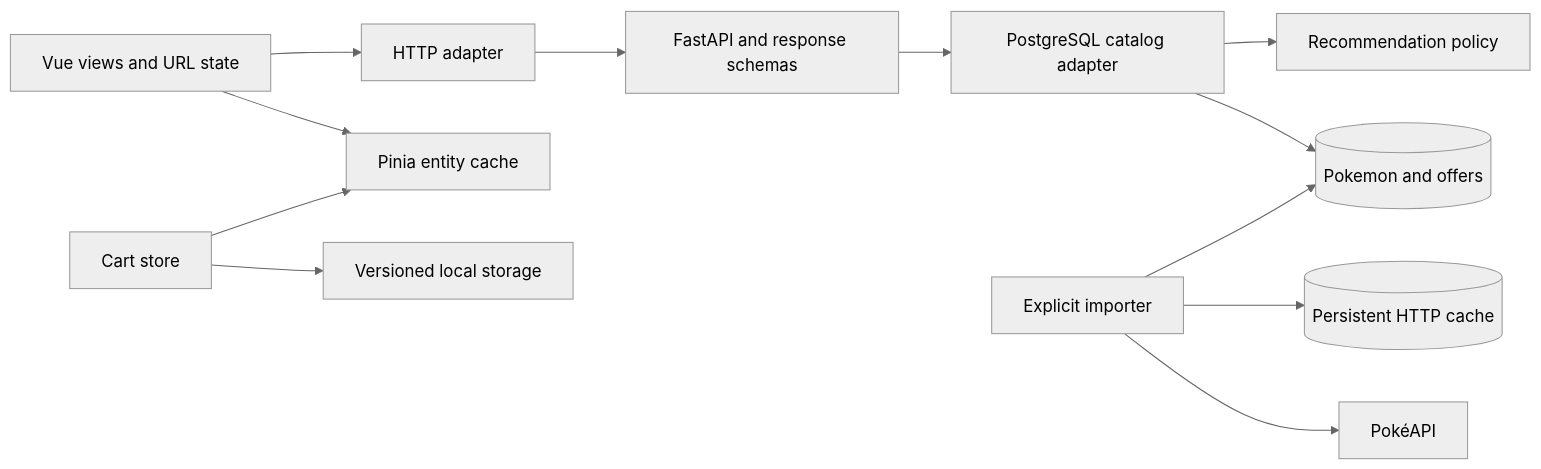
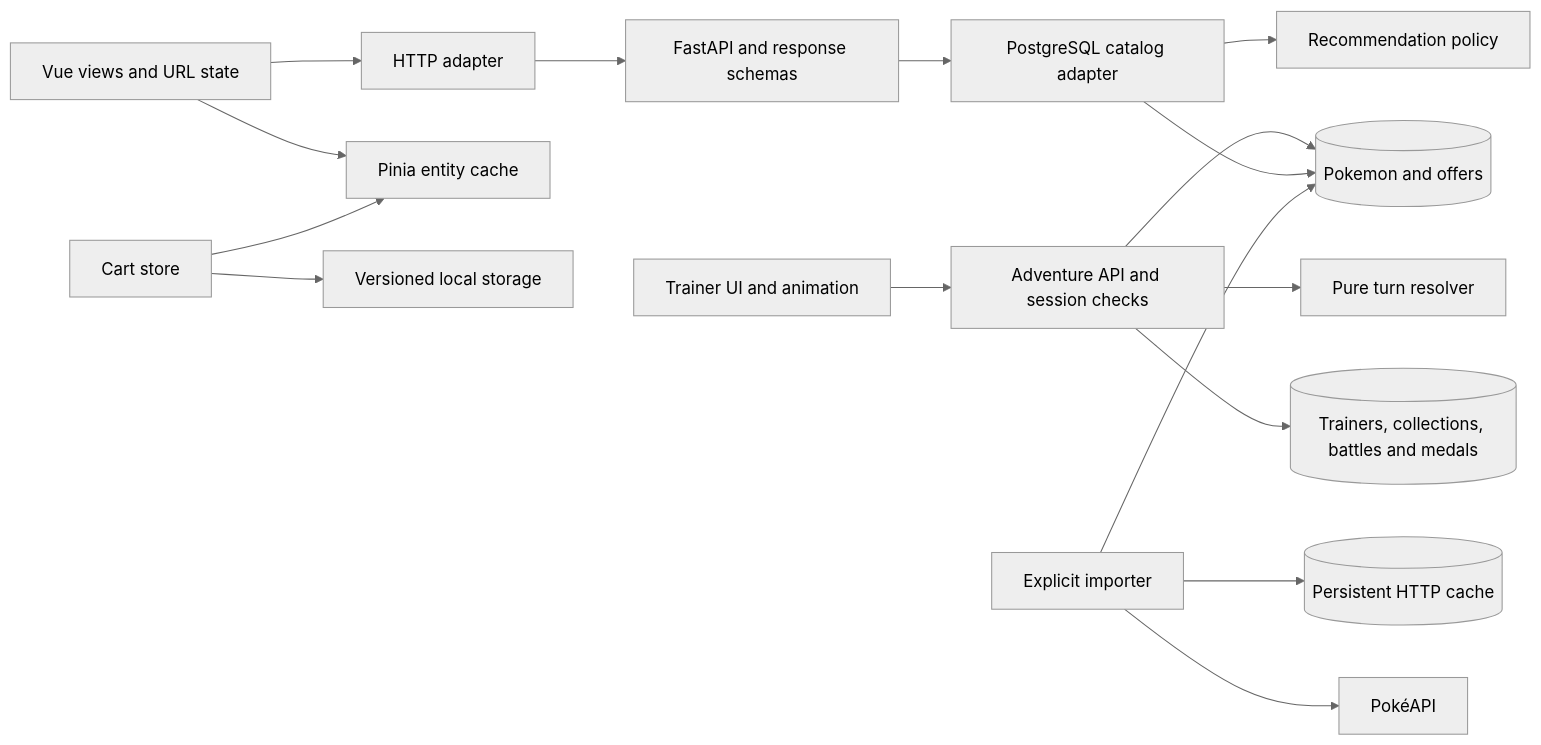
Before and after one commit to kevin0018/PokeShop: the diagram in README.md, drawn with Mermaid (neutral theme). The commit also changed other lines of this file and 9 other files, not shown here.

Commit message:
docs: document trainer adventure setup and verified previews

````diff
--- a/README.md
+++ b/README.md
@@ -102,14 +103,18 @@
 ```mermaid
 flowchart LR
   Views[Vue views and URL state] --> HTTP[HTTP adapter]
   Views --> Entities[Pinia entity cache]
   Cart[Cart store] --> Entities
   Cart --> Storage[Versioned local storage]
   HTTP --> API[FastAPI and response schemas]
   API --> PG[PostgreSQL catalog adapter]
+  Trainer[Trainer UI and animation] --> Game[Adventure API and session checks]
+  Game --> Rules[Pure turn resolver]
+  Game --> GameDB[(Trainers, collections, battles and medals)]
+  Game --> DB
   PG --> Policy[Recommendation policy]
   PG --> DB[(Pokemon and offers)]
   Sync[Explicit importer] --> Cache[(Persistent HTTP cache)]
   Sync --> PokeAPI[PokéAPI]
   Sync --> DB
 ```
````
